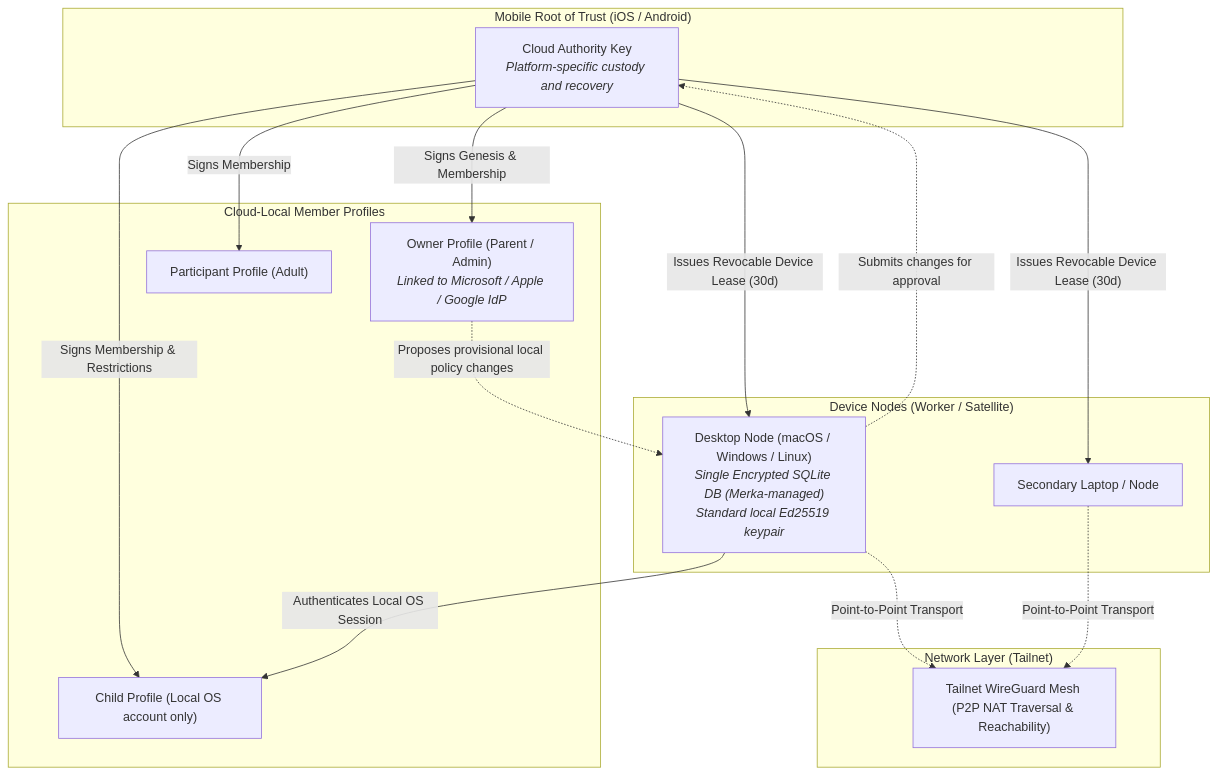
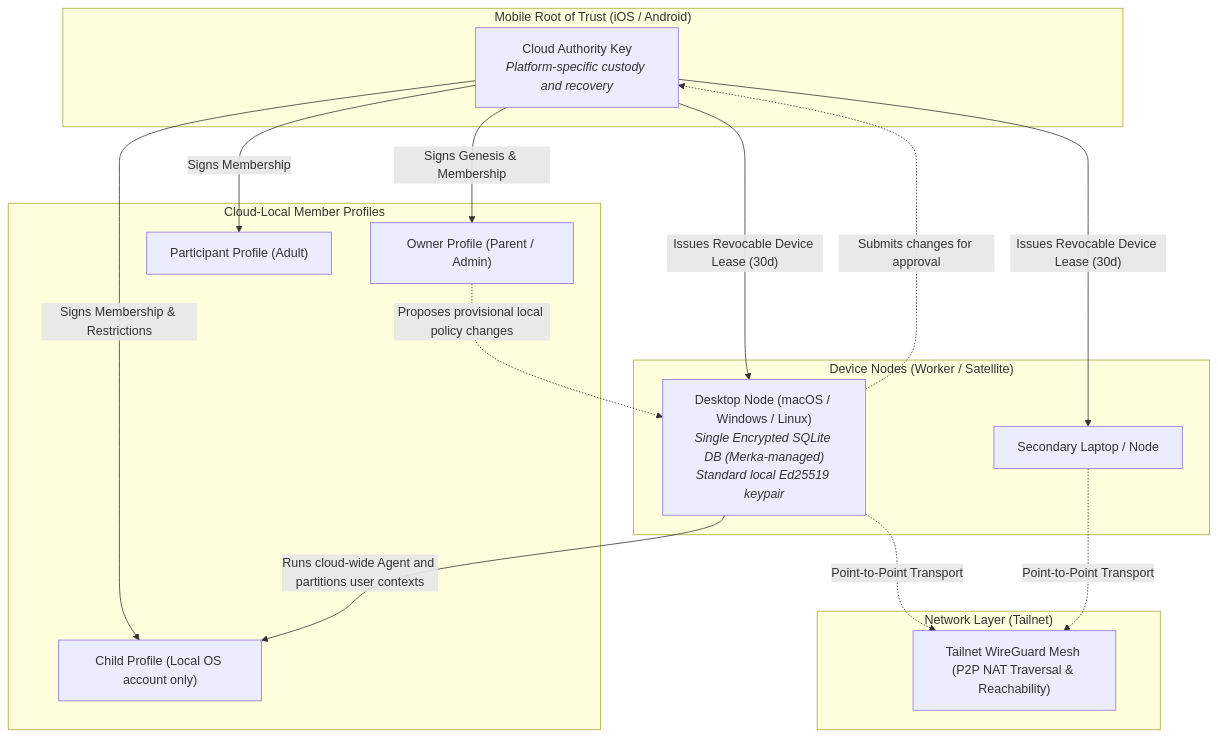
One commit to adir1/merka.cloud changed the first of 3 diagrams in docs/architecture/security.md. Above: the diagram before and after it, drawn with Mermaid. The commit also changed other lines of this file and 4 other files, not shown here.

````diff
--- a/docs/architecture/security.md
+++ b/docs/architecture/security.md
@@ -25,32 +28,32 @@
 ```mermaid
 flowchart TD
     subgraph MobileAnchor["Mobile Root of Trust (iOS / Android)"]
         CA["Cloud Authority Key<br/><i>Platform-specific custody and recovery</i>"]
     end
 
     subgraph Members["Cloud-Local Member Profiles"]
-        MO["Owner Profile (Parent / Admin)<br/><i>Linked to Microsoft / Apple / Google IdP</i>"]
+        MO["Owner Profile (Parent / Admin)"]
         MP["Participant Profile (Adult)"]
         MC["Child Profile (Local OS account only)"]
     end
 
     subgraph EnrolledDevices["Device Nodes (Worker / Satellite)"]
         D1["Desktop Node (macOS / Windows / Linux)<br/><i>Single Encrypted SQLite DB (Merka-managed)</i><br/><i>Standard local Ed25519 keypair</i>"]
         D2["Secondary Laptop / Node"]
     end
 
     subgraph Transport["Network Layer (Tailnet)"]
         TN["Tailnet WireGuard Mesh (P2P NAT Traversal & Reachability)"]
     end
 
     CA -->|"Signs Genesis & Membership"| MO
     CA -->|"Signs Membership"| MP
     CA -->|"Signs Membership & Restrictions"| MC
     CA -->|"Issues Revocable Device Lease (30d)"| D1
     CA -->|"Issues Revocable Device Lease (30d)"| D2
     D1 -.->|"Point-to-Point Transport"| TN
     D2 -.->|"Point-to-Point Transport"| TN
-    D1 -->|"Authenticates Local OS Session"| MC
+    D1 -->|"Runs cloud-wide Agent and partitions user contexts"| MC
     MO -.->|"Proposes provisional local policy changes"| D1
     D1 -.->|"Submits changes for approval"| CA
 ```
````
